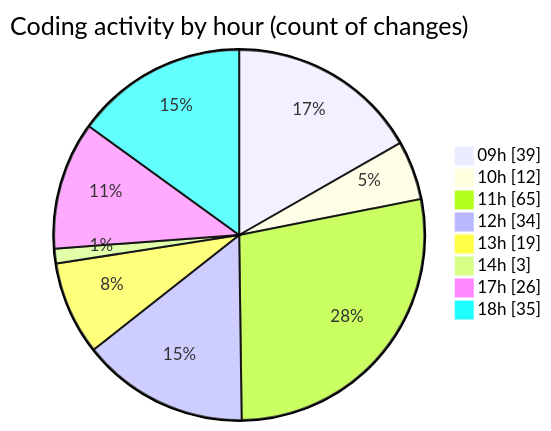
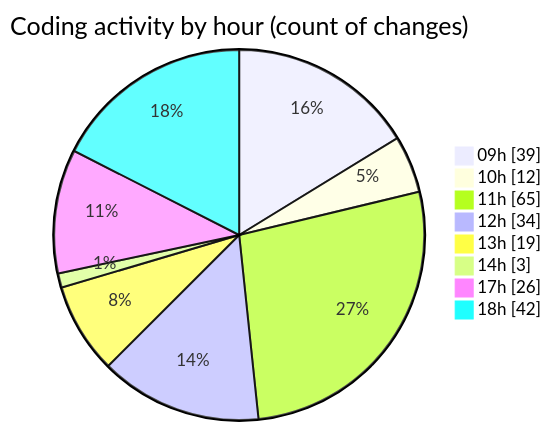
Before and after one commit to momahboobian/code-tracking: the second of 2 diagrams in 2025-03-04/cda/README.md, drawn with Mermaid. The commit also changed other lines of this file and 1 other file, not shown here.

````diff
--- a/2025-03-04/cda/README.md
+++ b/2025-03-04/cda/README.md
@@ -35,12 +35,12 @@
 ```mermaid
 pie showData
 title Coding activity by hour (count of changes)
 "09h" : 39
 "10h" : 12
 "11h" : 65
 "12h" : 34
 "13h" : 19
 "14h" : 3
 "17h" : 26
-"18h" : 35
+"18h" : 42
 ```
````
